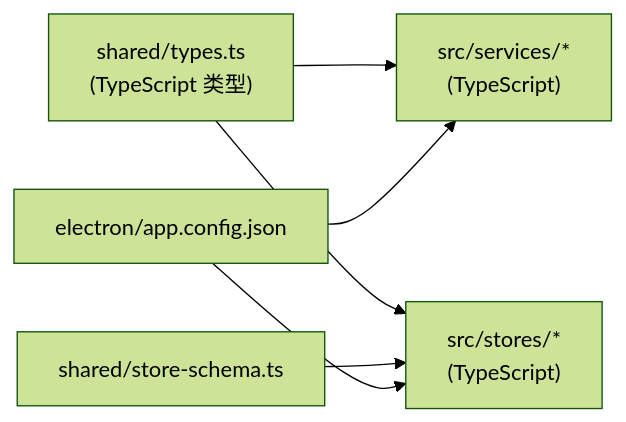
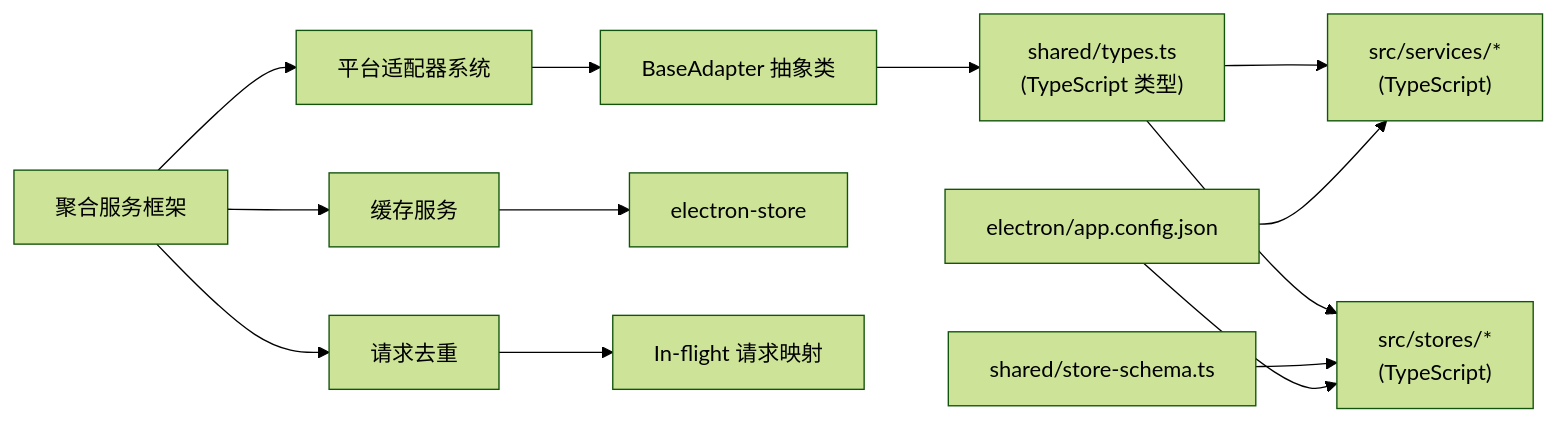
One commit to Siborne/OJFlow changed the tenth of 10 diagrams in .qoder/repowiki/zh/content/核心功能模块/核心功能模块.md. Above: the diagram before and after it, drawn with Mermaid (forest theme). The commit also changed other lines of this file and 23 other files, not shown here.

````diff
--- a/.qoder/repowiki/zh/content/核心功能模块/核心功能模块.md
+++ b/.qoder/repowiki/zh/content/核心功能模块/核心功能模块.md
@@ -323,8 +568,15 @@
 ```mermaid
 graph LR
 Types["shared/types.ts<br/>(TypeScript 类型)"] --> Services["src/services/*<br/>(TypeScript)"]
 Types --> Stores["src/stores/*<br/>(TypeScript)"]
 StoreSchema["shared/store-schema.ts"] --> Stores
 Config["electron/app.config.json"] --> Stores
 Config --> Services
+Aggregator["聚合服务框架"] --> Adapters["平台适配器系统"]
+Aggregator --> Cache["缓存服务"]
+Aggregator --> Dedup["请求去重"]
+Adapters --> BaseAdapter["BaseAdapter 抽象类"]
+BaseAdapter --> Types
+Cache --> Store["electron-store"]
+Dedup --> Map["In-flight 请求映射"]
 ```
````
